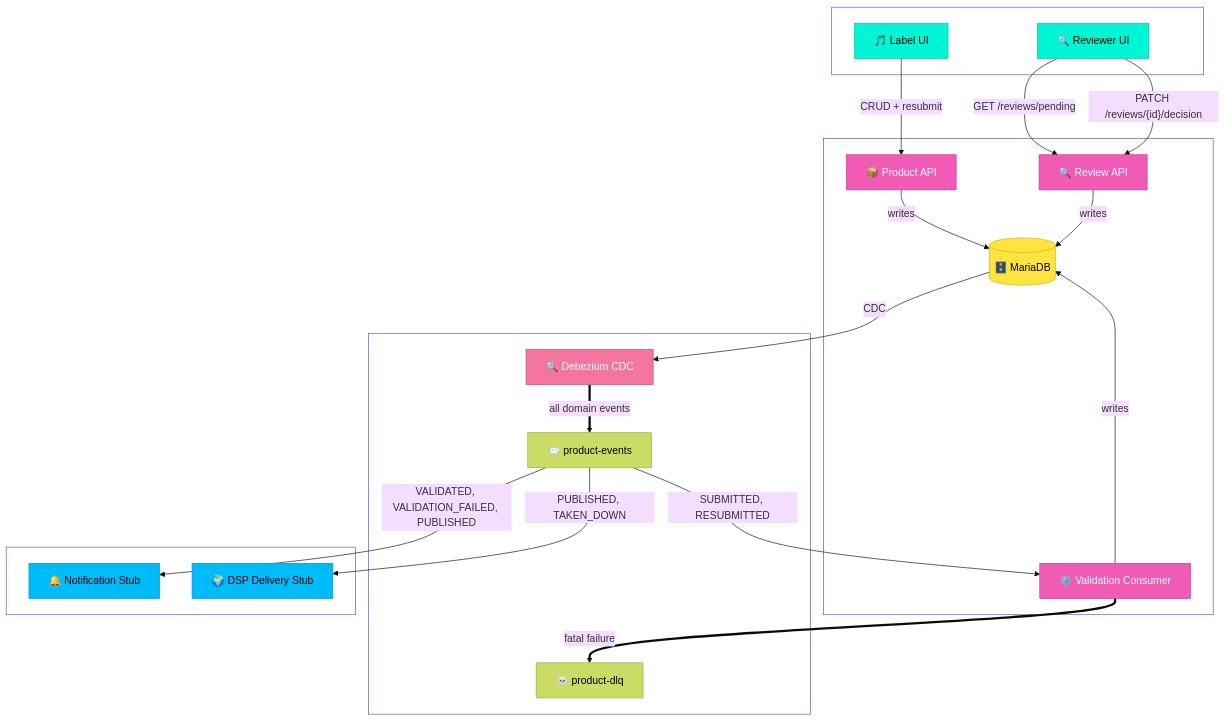
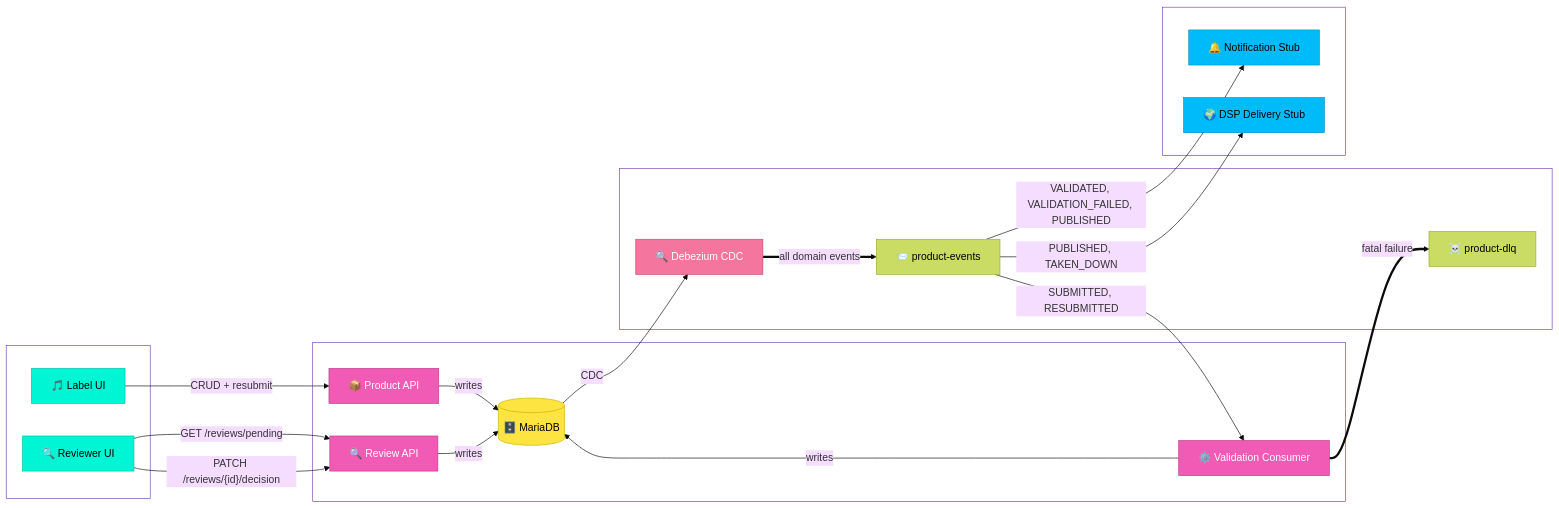
One commit to thisteensy/product-validation-service changed the diagram in README.md. Above: the diagram before and after it, drawn with Mermaid. The commit also changed other lines of this file and 81 other files, not shown here.

````diff
--- a/README.md
+++ b/README.md
@@ -13,61 +13,61 @@
 ```mermaid
 ---
 config:
   layout: dagre
   theme: base
 ---
-flowchart TB
+flowchart LR
  subgraph Clients["Clients"]
         LABEL_UI["🎵 Label UI"]
         RUI["🔍 Reviewer UI"]
   end
  subgraph Core["QC Service"]
         PAPI["📦 Product API"]
         RAPI["🔍 Review API"]
         CONSUMER["⚙️ Validation Consumer"]
         DB[("🗄️ MariaDB")]
   end
  subgraph Stream["Event Stream"]
         DEB["🔍 Debezium CDC"]
         T1["📨 product-events"]
         T2["☠️ product-dlq"]
   end
  subgraph Downstream["Downstream"]
         NOTIFY["🔔 Notification Stub"]
         DSP["🌍 DSP Delivery Stub"]
   end
     LABEL_UI -- "CRUD + resubmit" --> PAPI
     RUI -- "GET /reviews/pending" --> RAPI
     RUI -- "PATCH /reviews/{id}/decision" --> RAPI
     PAPI -- writes --> DB
     RAPI -- writes --> DB
     CONSUMER -- writes --> DB
     DB -- CDC --> DEB
     DEB == all domain events ==> T1
     T1 -- SUBMITTED, RESUBMITTED --> CONSUMER
     CONSUMER == fatal failure ==> T2
     T1 -- VALIDATED, VALIDATION_FAILED, PUBLISHED --> NOTIFY
     T1 -- PUBLISHED, TAKEN_DOWN --> DSP
 
      LABEL_UI:::external
      RUI:::external
      PAPI:::service
      RAPI:::service
      CONSUMER:::service
      DB:::storage
      DEB:::infra
      T1:::topic
      T2:::topic
      NOTIFY:::stub
      DSP:::stub
     classDef external fill:#00F5D4,stroke:#00C4A9,color:#000
     classDef service fill:#F15BB5,stroke:#C1398A,color:#fff
     classDef infra fill:#F4769E,stroke:#C44870,color:#fff
     classDef storage fill:#FEE440,stroke:#C9B400,color:#000
     classDef topic fill:#CBDC65,stroke:#9AAD3A,color:#000
     classDef stub fill:#00BBF9,stroke:#0090C9,color:#000
     style Clients fill:#fff,stroke:#7a3db8,color:#fff
     style Core fill:#fff,stroke:#7a3db8,color:#fff
     style Stream fill:#fff,stroke:#7a3db8,color:#fff
     style Downstream fill:#fff,stroke:#7a3db8,color:#fff
 ```
````
